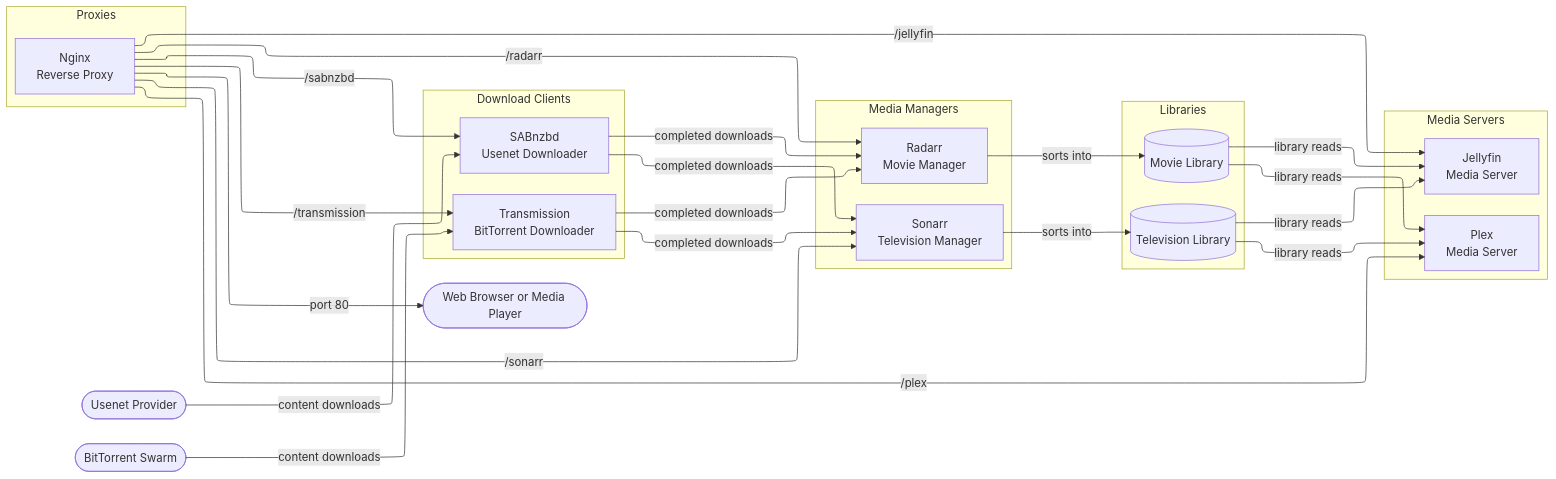
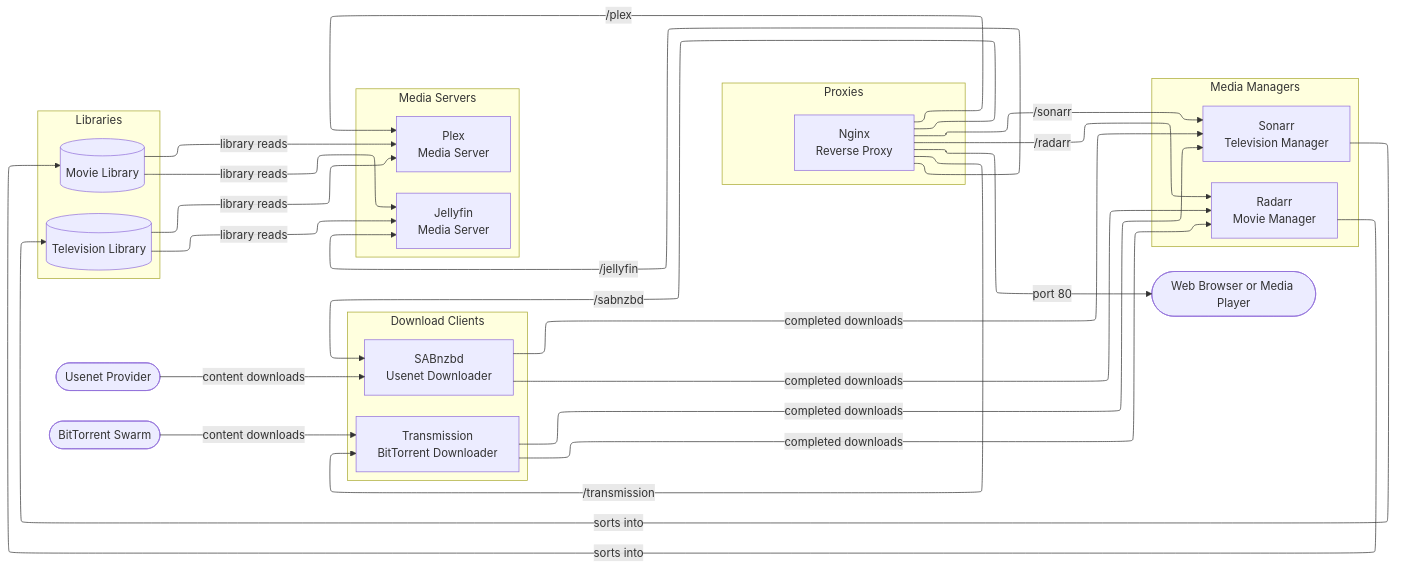
One commit to evinowen/bragi changed the diagram in README.md. Above: the diagram before and after it, drawn with Mermaid.

Commit message:
Anchor Nginx to far right with invisible forward edges from services

````diff
--- a/README.md
+++ b/README.md
@@ -20,58 +20,65 @@
 ```mermaid
 %%{init: {'flowchart': {'defaultRenderer': 'elk'}}}%%
 flowchart LR
     UP([Usenet Provider])
     BT_SRC([BitTorrent Swarm])
 
     subgraph downloaders[Download Clients]
         direction TB
         SAB["SABnzbd<br>Usenet Downloader"]
         TRN["Transmission<br>BitTorrent Downloader"]
     end
 
     subgraph managers[Media Managers]
         direction TB
         SON["Sonarr<br>Television Manager"]
         RAD["Radarr<br>Movie Manager"]
     end
 
     subgraph libraries[Libraries]
         direction TB
         TL[(Television Library)]
         ML[(Movie Library)]
     end
 
     subgraph servers[Media Servers]
         direction TB
         JF["Jellyfin<br>Media Server"]
         PL["Plex<br>Media Server"]
     end
 
     subgraph proxies[Proxies]
         direction TB
         NGX["Nginx<br>Reverse Proxy"]
     end
 
     CLIENT([Web Browser or Media Player])
 
     UP -->|content downloads| SAB
     BT_SRC -->|content downloads| TRN
     SAB -->|completed downloads| SON
     SAB -->|completed downloads| RAD
     TRN -->|completed downloads| SON
     TRN -->|completed downloads| RAD
     SON -->|sorts into| TL
     RAD -->|sorts into| ML
     TL -->|library reads| JF
     ML -->|library reads| JF
     TL -->|library reads| PL
     ML -->|library reads| PL
 
+    SAB ~~~ NGX
+    TRN ~~~ NGX
+    SON ~~~ NGX
+    RAD ~~~ NGX
+    JF ~~~ NGX
+    PL ~~~ NGX
+
     NGX -->|/sabnzbd| SAB
     NGX -->|/transmission| TRN
     NGX -->|/sonarr| SON
     NGX -->|/radarr| RAD
     NGX -->|/jellyfin| JF
     NGX -->|/plex| PL
     NGX -->|port 80| CLIENT
 ```
````
